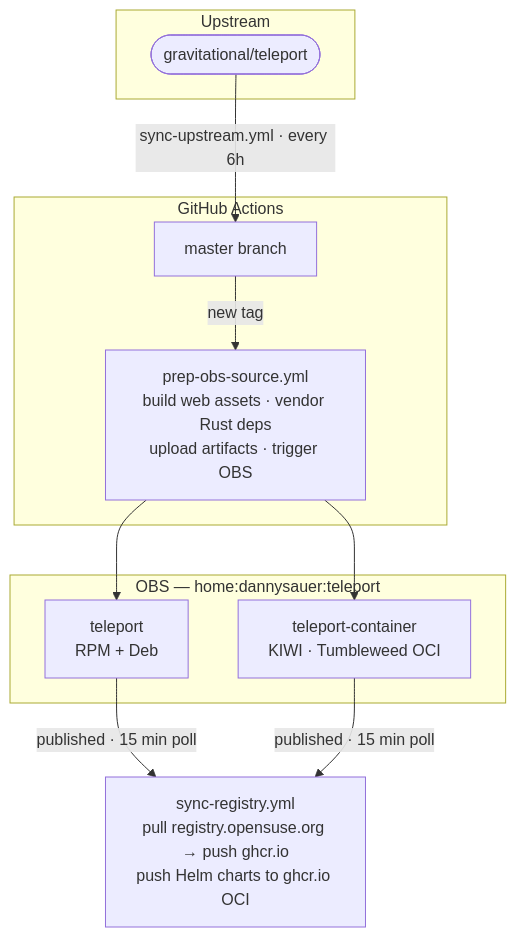
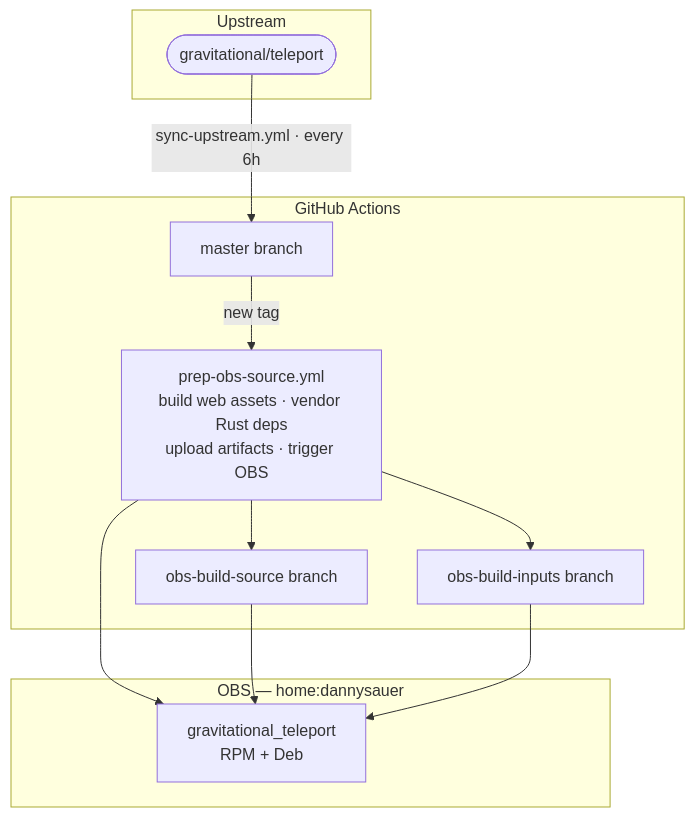
One commit to dannysauer/teleport-fork changed the diagram in README.md. Above: the diagram before and after it, drawn with Mermaid. The commit also changed other lines of this file and 16 other files, not shown here.

````diff
--- a/README.md
+++ b/README.md
@@ -67,23 +60,25 @@
 ```mermaid
 flowchart TD
     subgraph SRC ["Upstream"]
         upstream(["gravitational/teleport"])
     end
 
     subgraph GHA ["GitHub Actions"]
         master["master branch"]
+        inputs["obs-build-inputs branch"]
+        source["obs-build-source branch"]
         prep["prep-obs-source.yml\nbuild web assets · vendor Rust deps\nupload artifacts · trigger OBS"]
     end
 
-    subgraph OBS ["OBS — home:dannysauer:teleport"]
-        obs_pkg["teleport\nRPM + Deb"]
-        obs_ctr["teleport-container\nKIWI · Tumbleweed OCI"]
+    subgraph OBS ["OBS — home:dannysauer"]
+        obs_pkg["gravitational_teleport\nRPM + Deb"]
     end
-
-    sync["sync-registry.yml\npull registry.opensuse.org → push ghcr.io\npush Helm charts to ghcr.io OCI"]
 
     upstream -->|"sync-upstream.yml · every 6h"| master
     master -->|"new tag"| prep
-    prep --> obs_pkg & obs_ctr
-    obs_pkg & obs_ctr -->|"published · 15 min poll"| sync
+    prep --> source
+    prep --> inputs
+    prep --> obs_pkg
+    source --> obs_pkg
+    inputs --> obs_pkg
 ```
````
